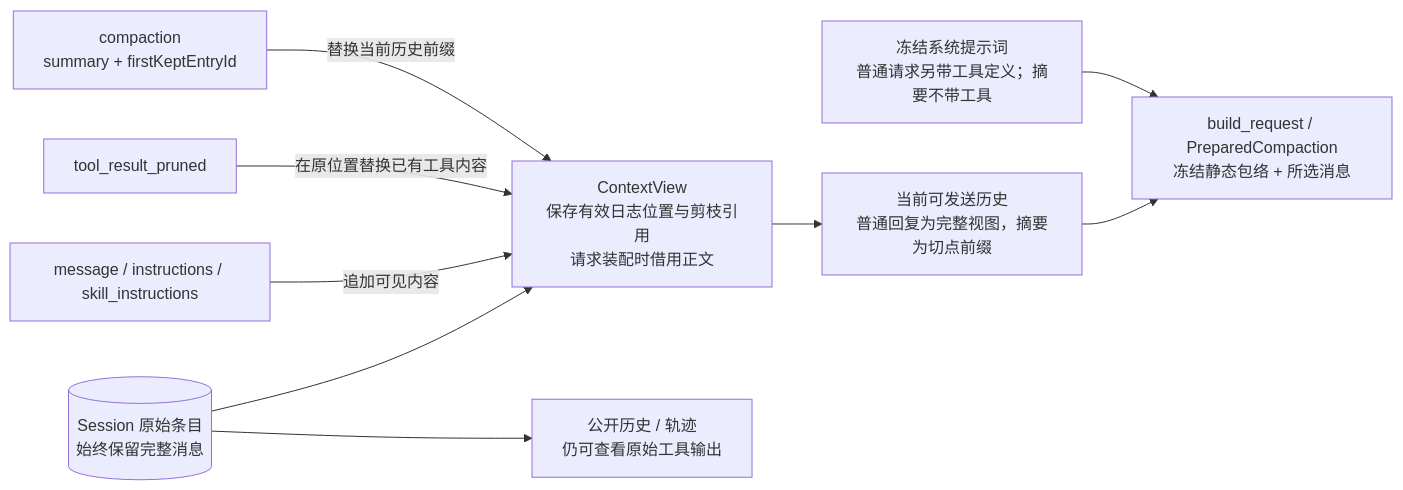
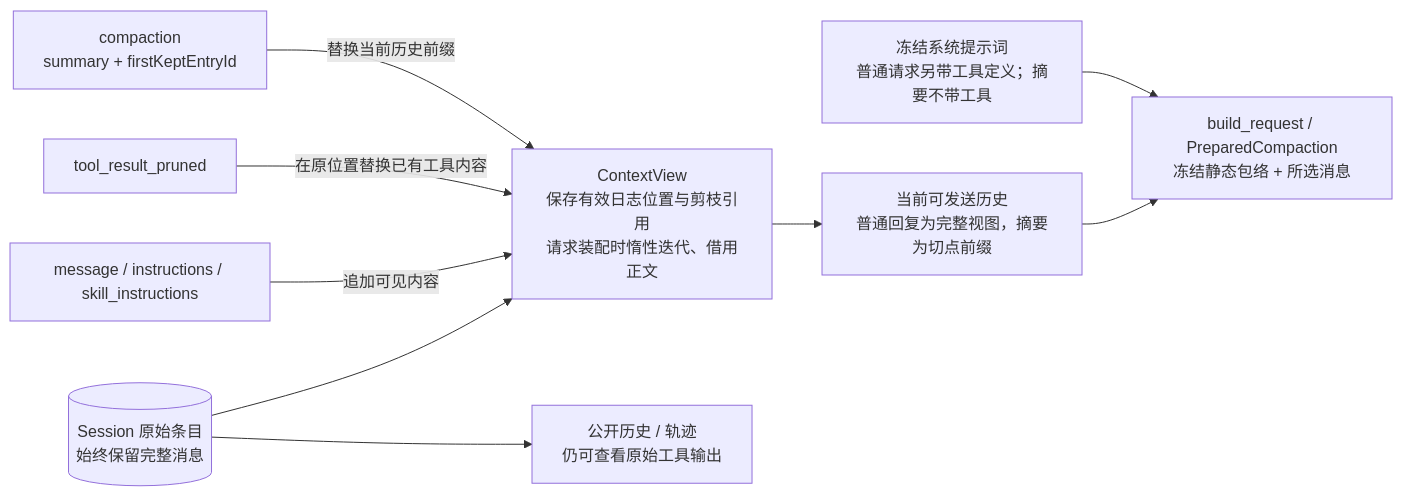
One commit to qjcnmd/singularity-agent changed diagram 22 of 29 in docs/singularity.md. Above: the diagram before and after it, drawn with Mermaid. The commit also changed other lines of this file and 47 other files, not shown here.

````diff
--- a/docs/singularity.md
+++ b/docs/singularity.md
@@ -589,12 +593,12 @@
 ```mermaid
 flowchart LR
     Ledger[("Session 原始条目<br/>始终保留完整消息")]
-    Ledger --> Context["ContextView<br/>保存有效日志位置与剪枝引用<br/>请求装配时借用正文"]
+    Ledger --> Context["ContextView<br/>保存有效日志位置与剪枝引用<br/>请求装配时惰性迭代、借用正文"]
     Ledger --> Public["公开历史 / 轨迹<br/>仍可查看原始工具输出"]
     Message["message / instructions / skill_instructions"] -->|"追加可见内容"| Context
     Prune["tool_result_pruned"] -->|"在原位置替换已有工具内容"| Context
     Compact["compaction<br/>summary + firstKeptEntryId"] -->|"替换当前历史前缀"| Context
     Context --> History["当前可发送历史<br/>普通回复为完整视图，摘要为切点前缀"]
     History --> Request["build_request / PreparedCompaction<br/>冻结静态包络 + 所选消息"]
     System["冻结系统提示词<br/>普通请求另带工具定义；摘要不带工具"] --> Request
 ```
````
